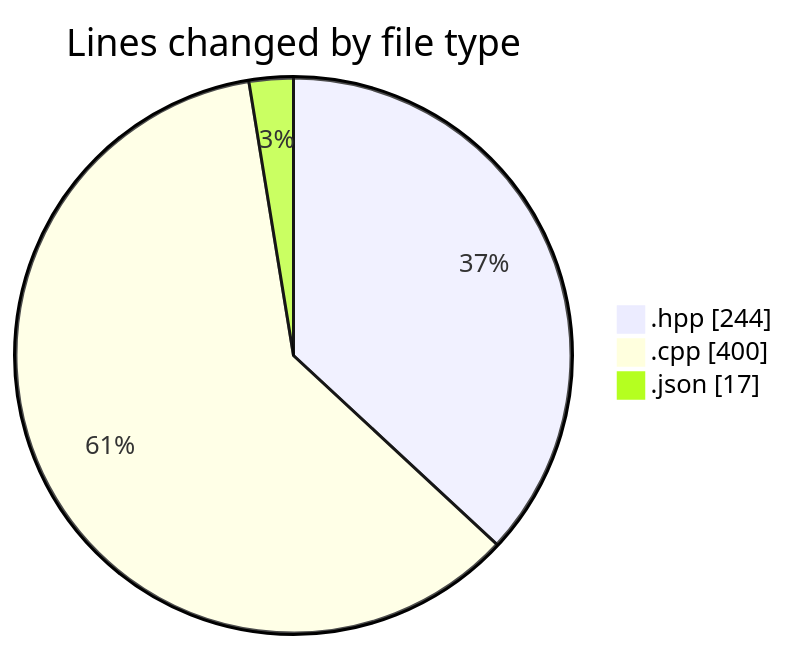
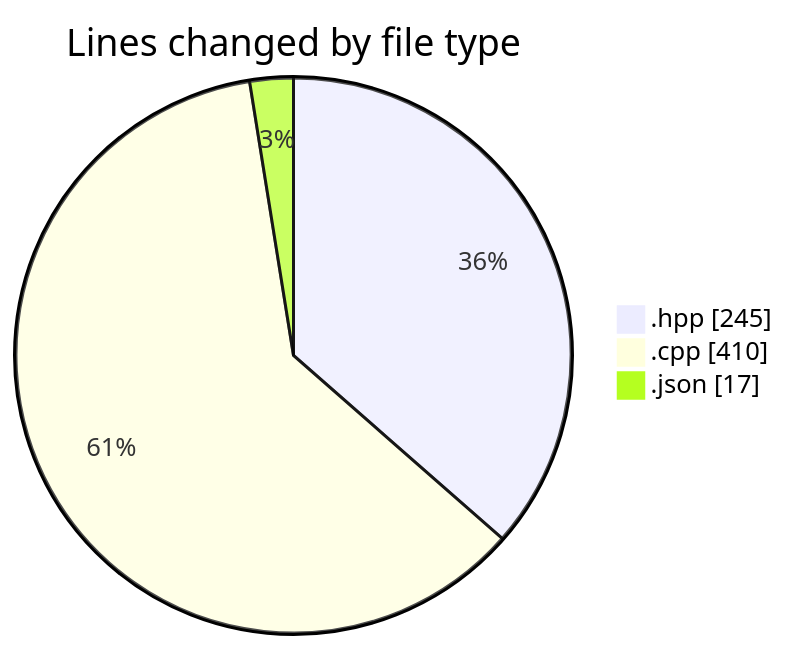
The first of 2 diagrams in 2025-05-03/date/README.md (Netris89/code-tracking), drawn with Mermaid before and after one commit. The commit also changed other lines of this file and 1 other file, not shown here.

````diff
--- a/2025-05-03/date/README.md
+++ b/2025-05-03/date/README.md
@@ -29,7 +29,7 @@
 ```mermaid
 pie showData
 title Lines changed by file type
-".hpp" : 244
-".cpp" : 400
+".hpp" : 245
+".cpp" : 410
 ".json" : 17
 ```
````
